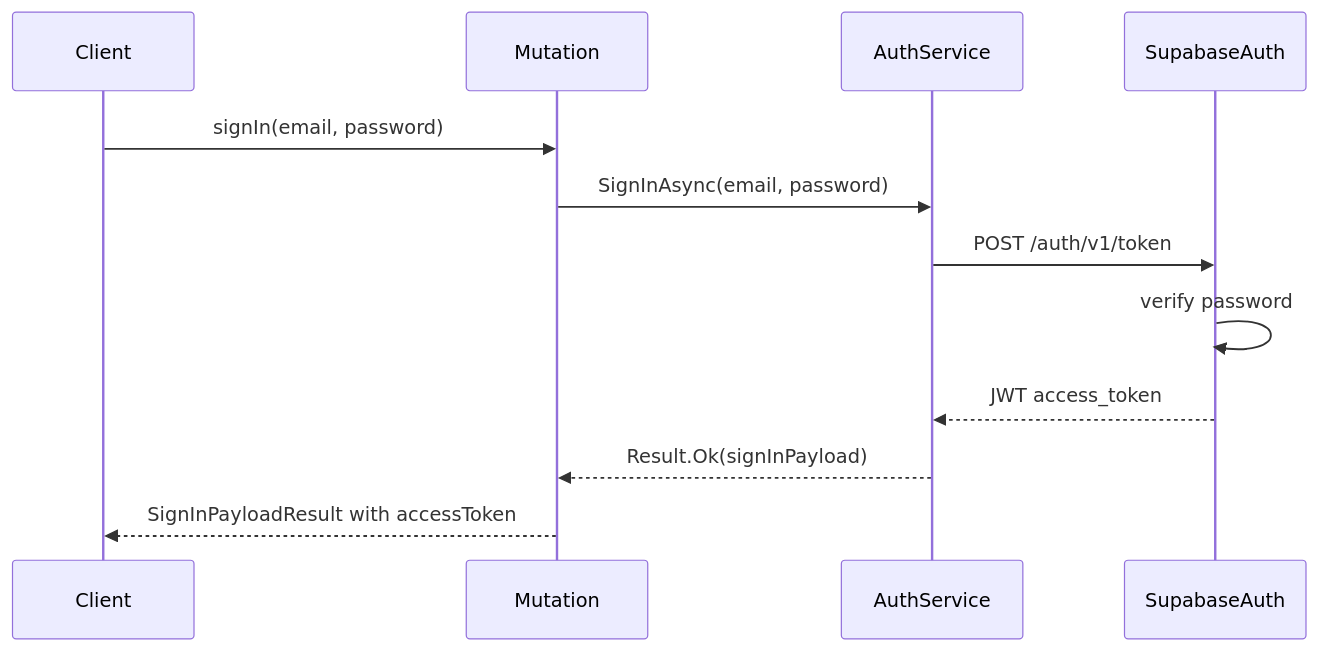
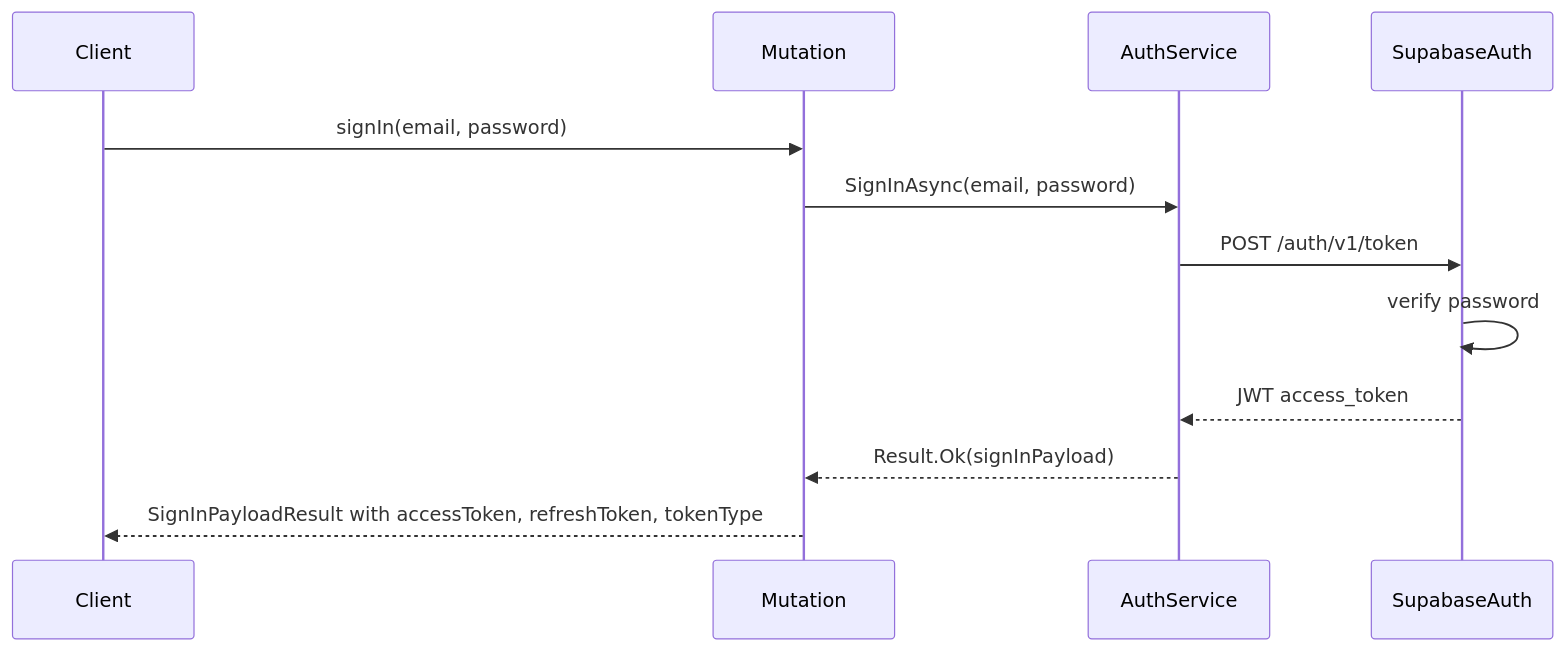
One commit to dev-personal-projects/vela changed the fifth of 12 diagrams in docs/phases/PHASE-4-graphql-api.md. Above: the diagram before and after it, drawn with Mermaid. The commit also changed other lines of this file and 7 other files, not shown here.

First line of the commit message:
✨ feat: update sign-in response to include refresh token and token type

````diff
--- a/docs/phases/PHASE-4-graphql-api.md
+++ b/docs/phases/PHASE-4-graphql-api.md
@@ -144,15 +161,15 @@
 ```mermaid
 sequenceDiagram
     participant Client
     participant Mutation
     participant AuthService
     participant SupabaseAuth
 
     Client->>Mutation: signIn(email, password)
     Mutation->>AuthService: SignInAsync(email, password)
     AuthService->>SupabaseAuth: POST /auth/v1/token
     SupabaseAuth->>SupabaseAuth: verify password
     SupabaseAuth-->>AuthService: JWT access_token
     AuthService-->>Mutation: Result.Ok(signInPayload)
-    Mutation-->>Client: SignInPayloadResult with accessToken
+    Mutation-->>Client: SignInPayloadResult with accessToken, refreshToken, tokenType
 ```
````
